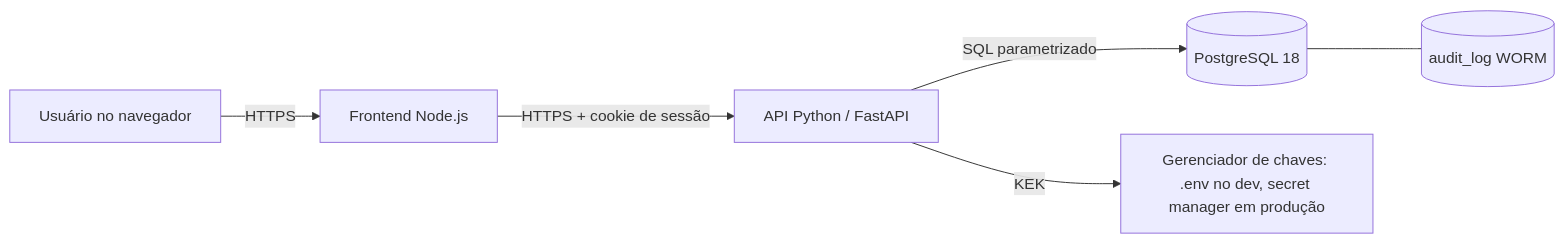
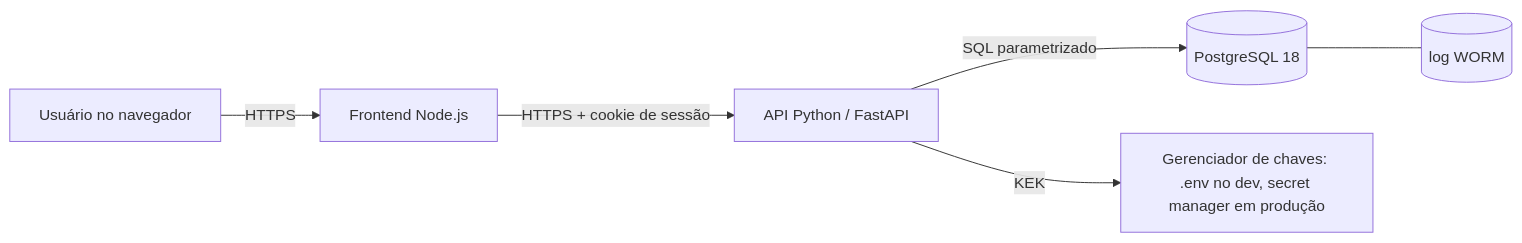
The first of 2 diagrams in docs/ARCHITECTURE.md (msrscs/p4_cybersec_saude), drawn with Mermaid before and after one commit. The commit also changed other lines of this file and 3 other files, not shown here.

Commit message:
docs: ADR-0005 (log WORM), tabela log e instruções de bootstrap/Swagger

````diff
--- a/docs/ARCHITECTURE.md
+++ b/docs/ARCHITECTURE.md
@@ -10,8 +10,8 @@
 ```mermaid
 flowchart LR
     U[Usuário no navegador] -->|HTTPS| F[Frontend Node.js]
     F -->|HTTPS + cookie de sessão| B[API Python / FastAPI]
     B -->|SQL parametrizado| D[(PostgreSQL 18)]
     B -->|KEK| K[Gerenciador de chaves: .env no dev, secret manager em produção]
-    D --- A[(audit_log WORM)]
+    D --- A[(log WORM)]
 ```
````
